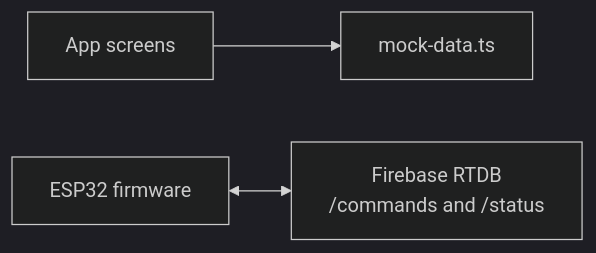
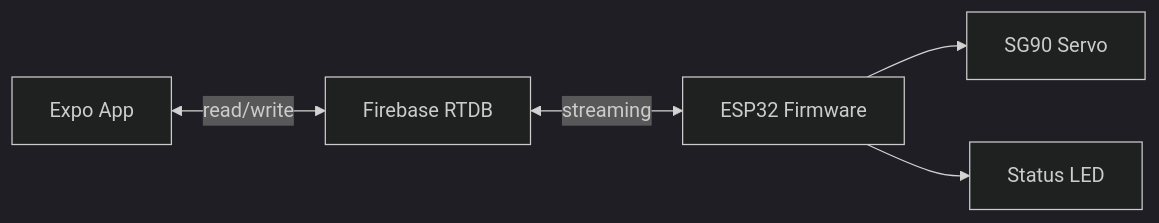
Before and after one commit to Mamba343/PetFeeder: the diagram in docs/Database.md, drawn with Mermaid (dark theme). The commit also changed other lines of this file and 21 other files, not shown here.

````diff
--- a/docs/Database.md
+++ b/docs/Database.md
@@ -47,5 +80,7 @@
 ```mermaid
 flowchart LR
-  AppScreens["App screens"] --> Mock["mock-data.ts"]
-  Firmware["ESP32 firmware"] <--> RTDB["Firebase RTDB\n/commands and /status"]
+  App["Expo App"] <-->|read/write| Firebase["Firebase RTDB"]
+  Firebase <-->|streaming| ESP32["ESP32 Firmware"]
+  ESP32 --> Servo["SG90 Servo"]
+  ESP32 --> LED["Status LED"]
 ```
````
